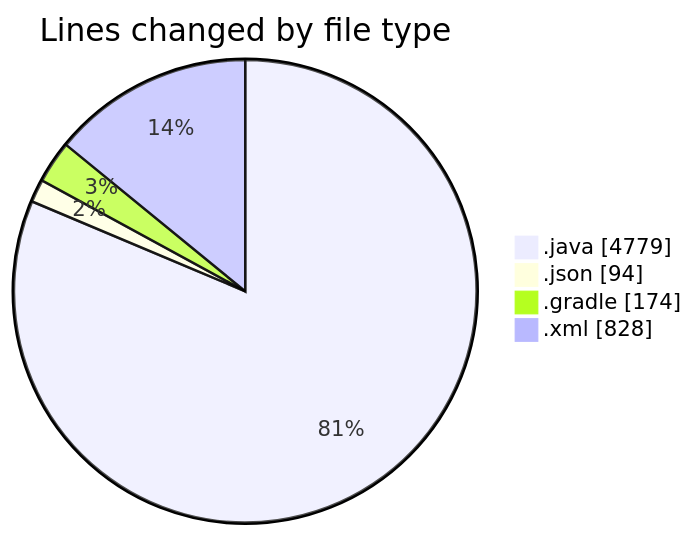
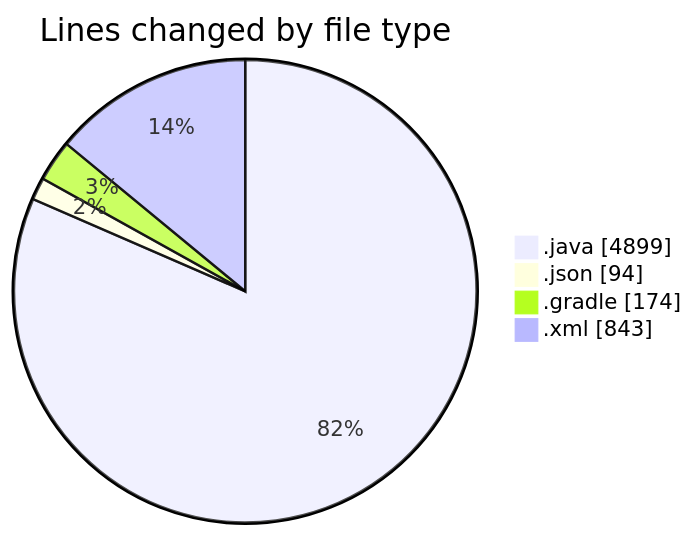
Before and after one commit to charlie-sans/code-tracking: the first of 2 diagrams in 2025-02-22/micros/README.md, drawn with Mermaid. The commit also changed other lines of this file and 1 other file, not shown here.

````diff
--- a/2025-02-22/micros/README.md
+++ b/2025-02-22/micros/README.md
@@ -61,8 +61,8 @@
 ```mermaid
 pie showData
 title Lines changed by file type
-".java" : 4779
+".java" : 4899
 ".json" : 94
 ".gradle" : 174
-".xml" : 828
+".xml" : 843
 ```
````
